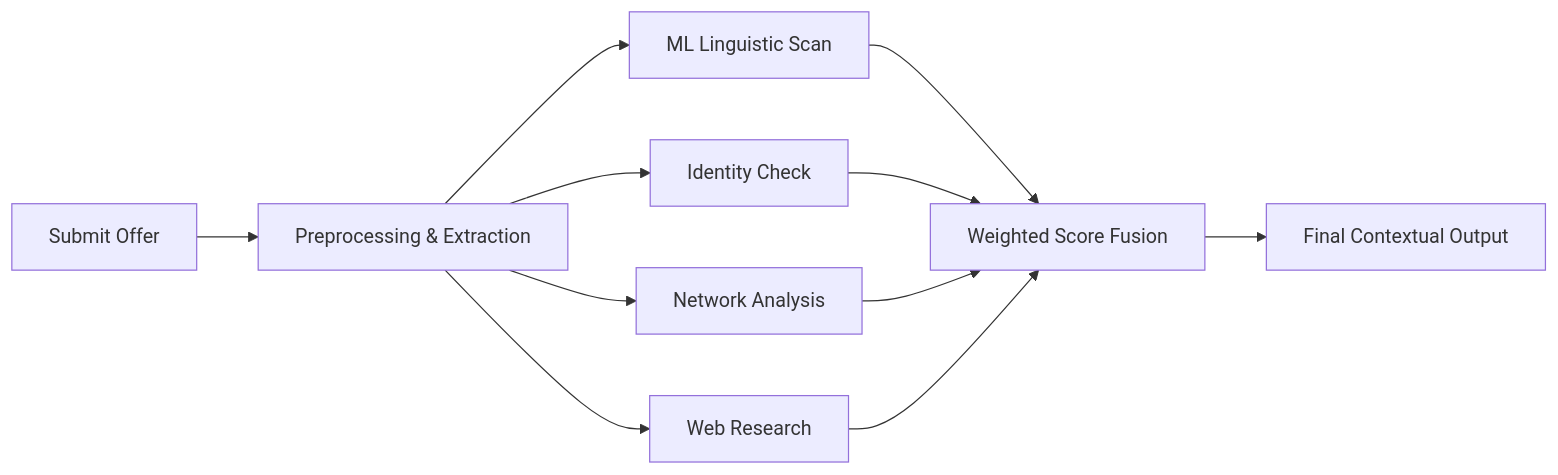
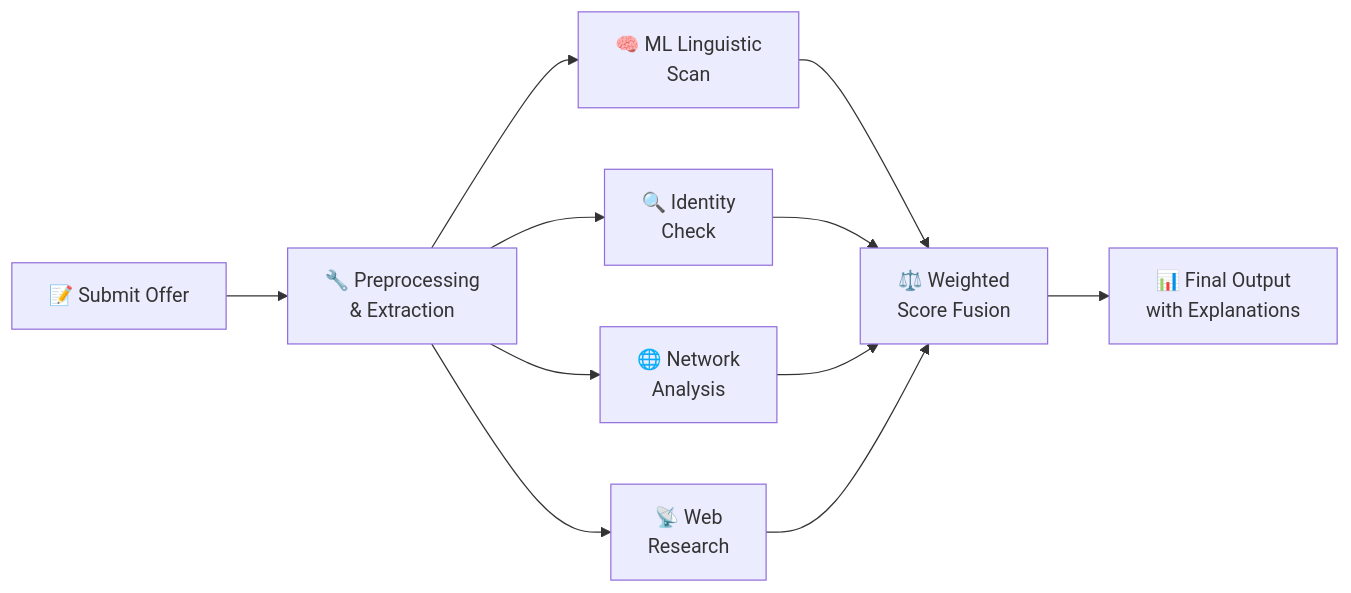
One commit to ManoShruthiS/VeriIntern-AI changed the ninth of 10 diagrams in Readme.md. Above: the diagram before and after it, drawn with Mermaid. The commit also changed other lines of this file and 1 other file, not shown here.

Commit message:
Final ReadMe

````diff
--- a/Readme.md
+++ b/Readme.md
@@ -126,13 +269,13 @@
 ```mermaid
 flowchart LR
-    A[Submit Offer] --> B[Preprocessing & Extraction]
-    B --> C[ML Linguistic Scan]
-    B --> D[Identity Check]
-    B --> E[Network Analysis]
-    B --> F[Web Research]
-    C --> G[Weighted Score Fusion]
+    A["📝 Submit Offer"] --> B["🔧 Preprocessing<br/>& Extraction"]
+    B --> C["🧠 ML Linguistic<br/>Scan"]
+    B --> D["🔍 Identity<br/>Check"]
+    B --> E["🌐 Network<br/>Analysis"]
+    B --> F["📡 Web<br/>Research"]
+    C --> G["⚖️ Weighted<br/>Score Fusion"]
     D --> G
     E --> G
     F --> G
-    G --> H[Final Contextual Output]
+    G --> H["📊 Final Output<br/>with Explanations"]
 ```
````
